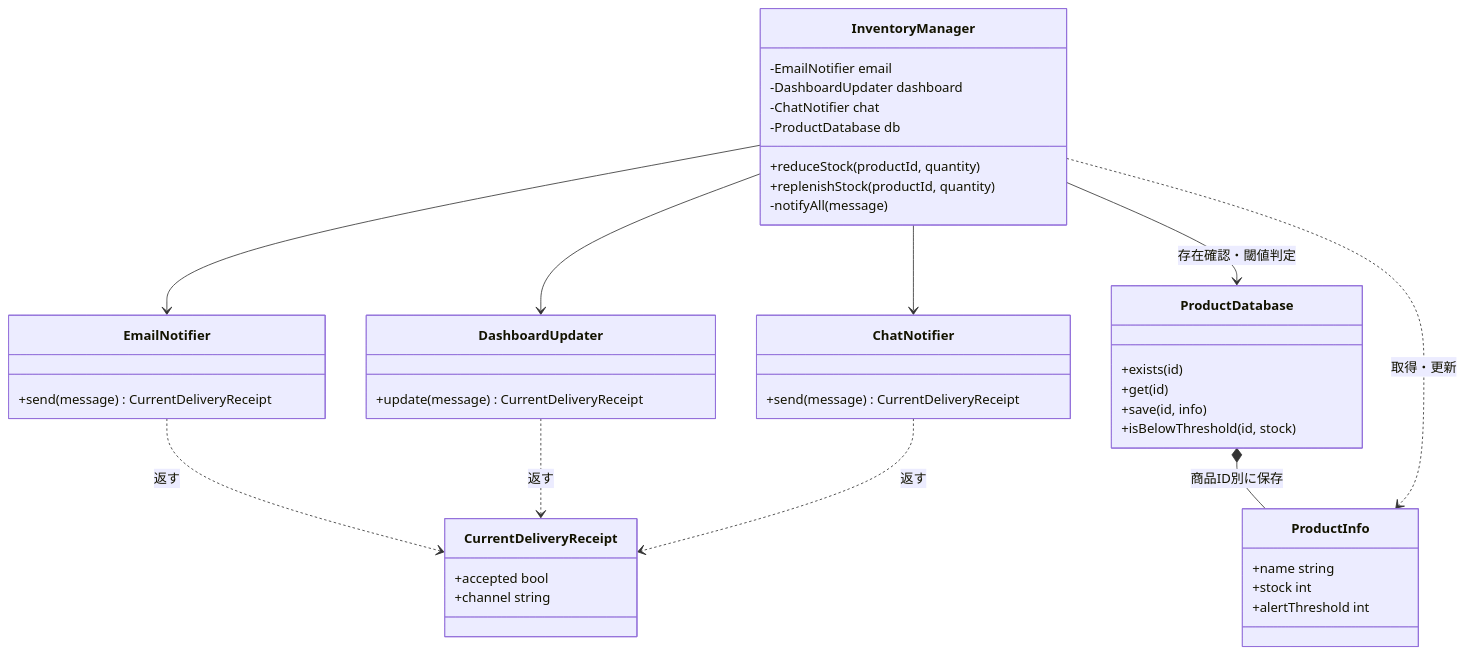
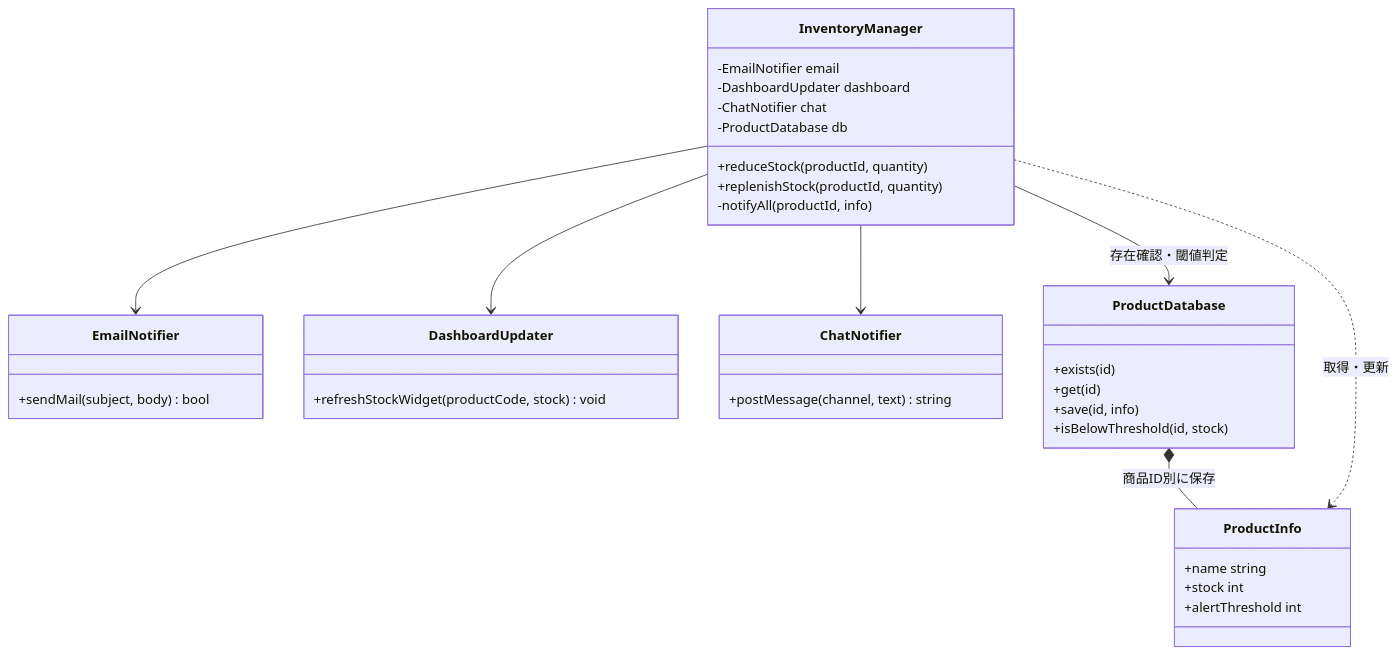
Before and after one commit to kumachan1101-pixel/DesignPattern: the third of 16 diagrams in kindle/design-patterns/output/chapter07.md, drawn with Mermaid. The commit also changed other lines of this file, not shown here.

````diff
--- a/kindle/design-patterns/output/chapter07.md
+++ b/kindle/design-patterns/output/chapter07.md
@@ -229,46 +228,39 @@
 ```mermaid
 classDiagram
     class InventoryManager {
         -EmailNotifier email
         -DashboardUpdater dashboard
         -ChatNotifier chat
         -ProductDatabase db
         +reduceStock(productId, quantity)
         +replenishStock(productId, quantity)
-        -notifyAll(message)
+        -notifyAll(productId, info)
     }
     class EmailNotifier {
-        +send(message) CurrentDeliveryReceipt
+        +sendMail(subject, body) bool
     }
     class DashboardUpdater {
-        +update(message) CurrentDeliveryReceipt
+        +refreshStockWidget(productCode, stock) void
     }
     class ChatNotifier {
-        +send(message) CurrentDeliveryReceipt
+        +postMessage(channel, text) string
     }
     class ProductDatabase {
         +exists(id)
         +get(id)
         +save(id, info)
         +isBelowThreshold(id, stock)
     }
     class ProductInfo {
         +name string
         +stock int
         +alertThreshold int
     }
-    class CurrentDeliveryReceipt {
-        +accepted bool
-        +channel string
-    }
     InventoryManager --> EmailNotifier
     InventoryManager --> DashboardUpdater
     InventoryManager --> ChatNotifier
     InventoryManager --> ProductDatabase : 存在確認・閾値判定
     ProductDatabase *-- ProductInfo : 商品ID別に保存
     InventoryManager ..> ProductInfo : 取得・更新
-    EmailNotifier ..> CurrentDeliveryReceipt : 返す
-    DashboardUpdater ..> CurrentDeliveryReceipt : 返す
-    ChatNotifier ..> CurrentDeliveryReceipt : 返す
 
 ```
````
